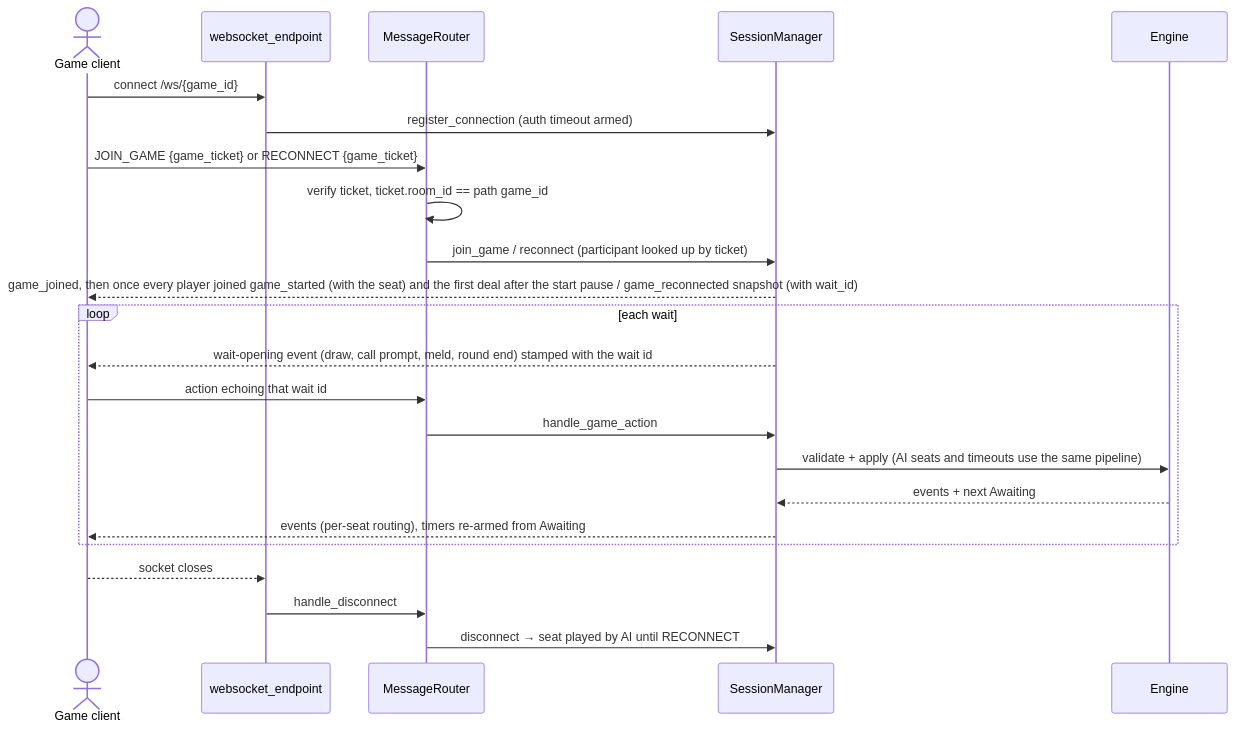
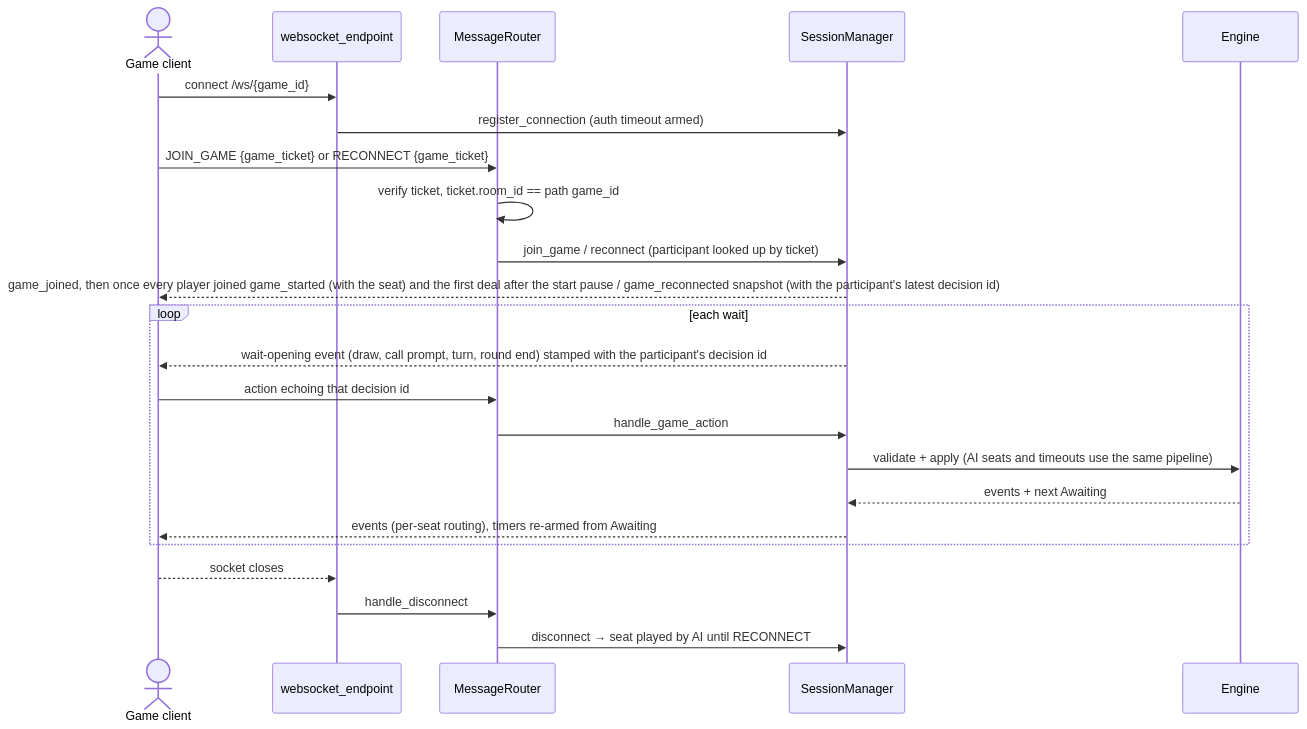
The eighth of 8 diagrams in docs/architecture.md (MahjongRepository/ronin), drawn with Mermaid before and after one commit. The commit also changed 28 other files, not shown here.

First line of the commit message:
bug: keep private game waits out of client decision IDs

````diff
--- a/docs/architecture.md
+++ b/docs/architecture.md
@@ -322,26 +322,26 @@
 ```mermaid
 sequenceDiagram
     actor P as Game client
     participant WS as websocket_endpoint
     participant R as MessageRouter
     participant SM as SessionManager
     participant E as Engine
 
     P->>WS: connect /ws/{game_id}
     WS->>SM: register_connection (auth timeout armed)
     P->>R: JOIN_GAME {game_ticket}  or  RECONNECT {game_ticket}
     R->>R: verify ticket, ticket.room_id == path game_id
     R->>SM: join_game / reconnect (participant looked up by ticket)
-    SM-->>P: game_joined, then once every player joined game_started (with the seat) and the first deal after the start pause / game_reconnected snapshot (with wait_id)
+    SM-->>P: game_joined, then once every player joined game_started (with the seat) and the first deal after the start pause / game_reconnected snapshot (with the participant's latest decision id)
     loop each wait
-        SM-->>P: wait-opening event (draw, call prompt, meld, round end) stamped with the wait id
-        P->>R: action echoing that wait id
+        SM-->>P: wait-opening event (draw, call prompt, turn, round end) stamped with the participant's decision id
+        P->>R: action echoing that decision id
         R->>SM: handle_game_action
         SM->>E: validate + apply (AI seats and timeouts use the same pipeline)
         E-->>SM: events + next Awaiting
         SM-->>P: events (per-seat routing), timers re-armed from Awaiting
     end
     P-->>WS: socket closes
     WS->>R: handle_disconnect
     R->>SM: disconnect → seat played by AI until RECONNECT
 ```
````
